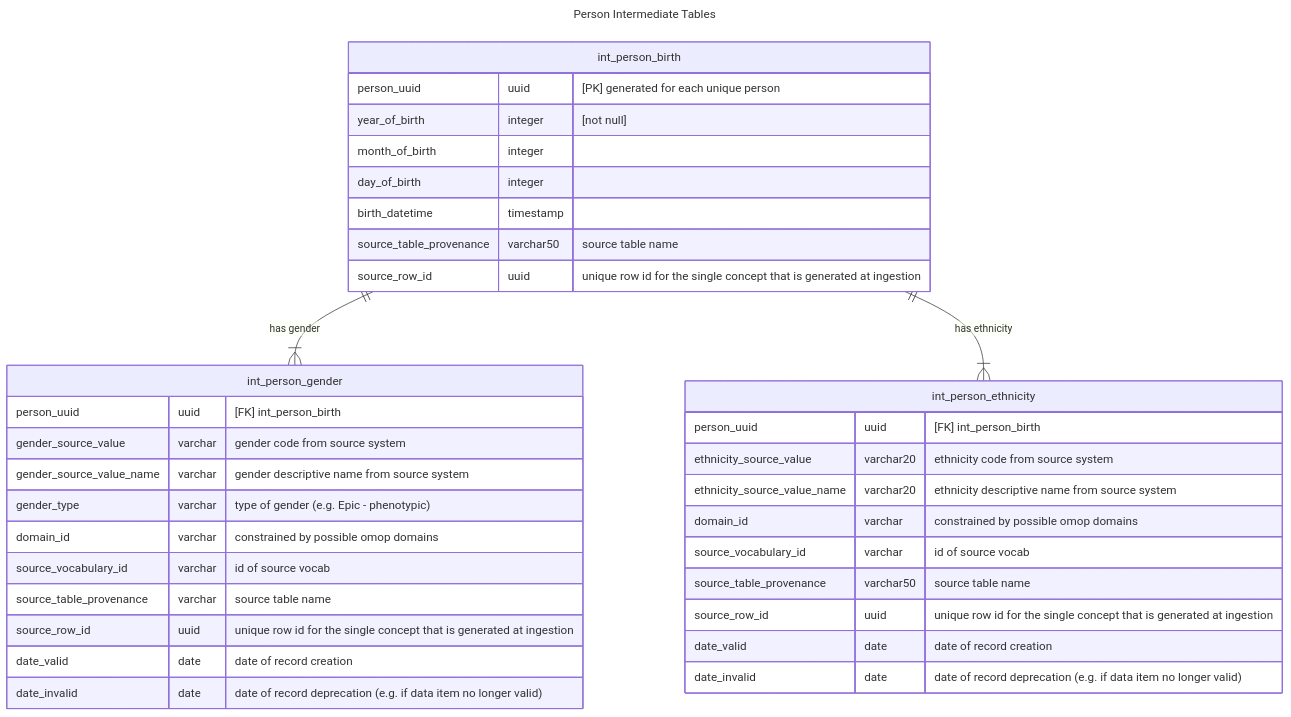
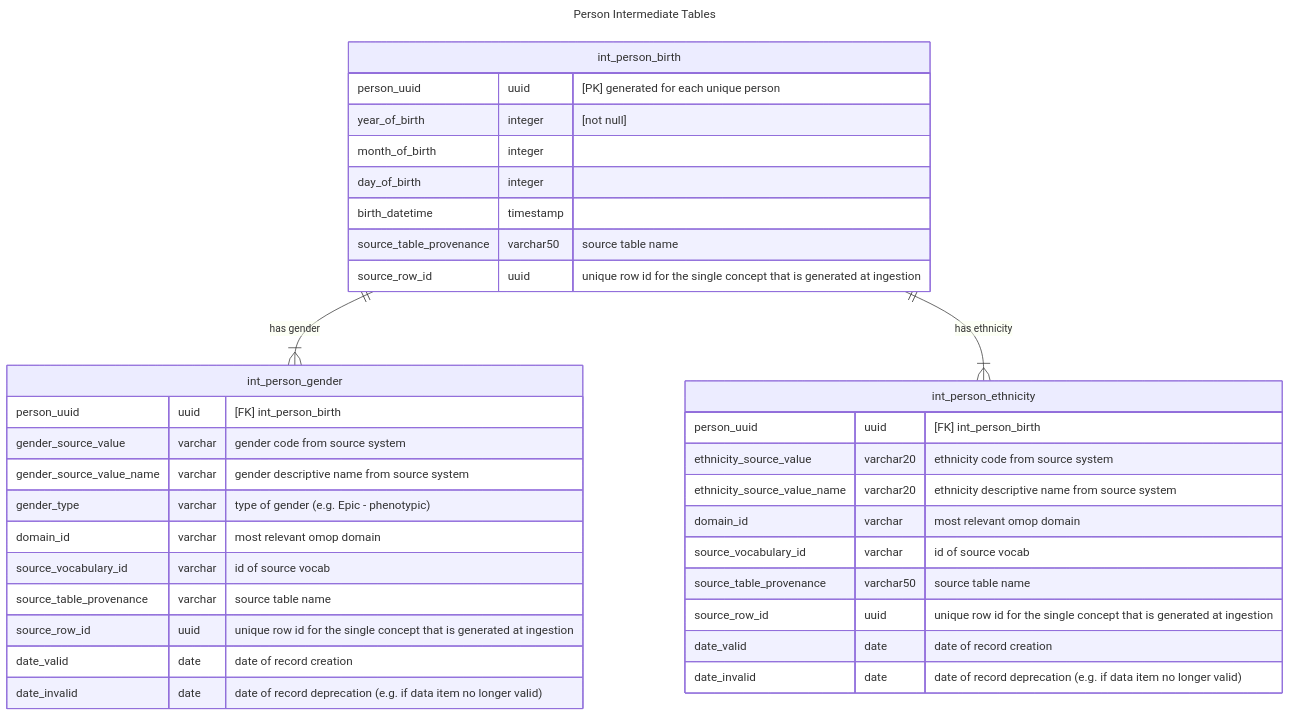
Before and after one commit to d3london/sde_aic_external_docs: the second of 5 diagrams in src/pages/data_model/cdm_person.qmd, drawn with Mermaid. The commit also changed other lines of this file and 1 other file, not shown here.

````diff
--- a/src/pages/data_model/cdm_person.qmd
+++ b/src/pages/data_model/cdm_person.qmd
@@ -45,40 +45,40 @@
 ```{mermaid}
 ---
 title: Person Intermediate Tables
 ---
 erDiagram
     int_person_birth {
         person_uuid uuid "[PK] generated for each unique person"
         year_of_birth integer "[not null]"
         month_of_birth integer
         day_of_birth integer
         birth_datetime timestamp
         source_table_provenance varchar50 "source table name"
         source_row_id uuid "unique row id for the single concept that is generated at ingestion"
     }
     int_person_birth ||--|{ int_person_gender : "has gender"
     int_person_gender {
         person_uuid uuid "[FK] int_person_birth"
         gender_source_value varchar "gender code from source system"
         gender_source_value_name varchar "gender descriptive name from source system"        
         gender_type varchar "type of gender (e.g. Epic - phenotypic)"
-        domain_id varchar "constrained by possible omop domains"
+        domain_id varchar "most relevant omop domain"
         source_vocabulary_id varchar "id of source vocab"        
         source_table_provenance varchar "source table name"
         source_row_id uuid "unique row id for the single concept that is generated at ingestion"
         date_valid date "date of record creation"
         date_invalid date "date of record deprecation (e.g. if data item no longer valid)"
     }
     int_person_birth ||--|{ int_person_ethnicity : "has ethnicity"
     int_person_ethnicity {
         person_uuid uuid "[FK] int_person_birth"
         ethnicity_source_value varchar20 "ethnicity code from source system"
         ethnicity_source_value_name varchar20 "ethnicity descriptive name from source system"
-        domain_id varchar "constrained by possible omop domains"
-        source_vocabulary_id varchar "id of source vocab"                   
+        domain_id varchar "most relevant omop domain"
+        source_vocabulary_id varchar "id of source vocab"                 
         source_table_provenance varchar50 "source table name"
         source_row_id uuid "unique row id for the single concept that is generated at ingestion"
         date_valid date "date of record creation"
         date_invalid date "date of record deprecation (e.g. if data item no longer valid)"
     }
 ```
````
